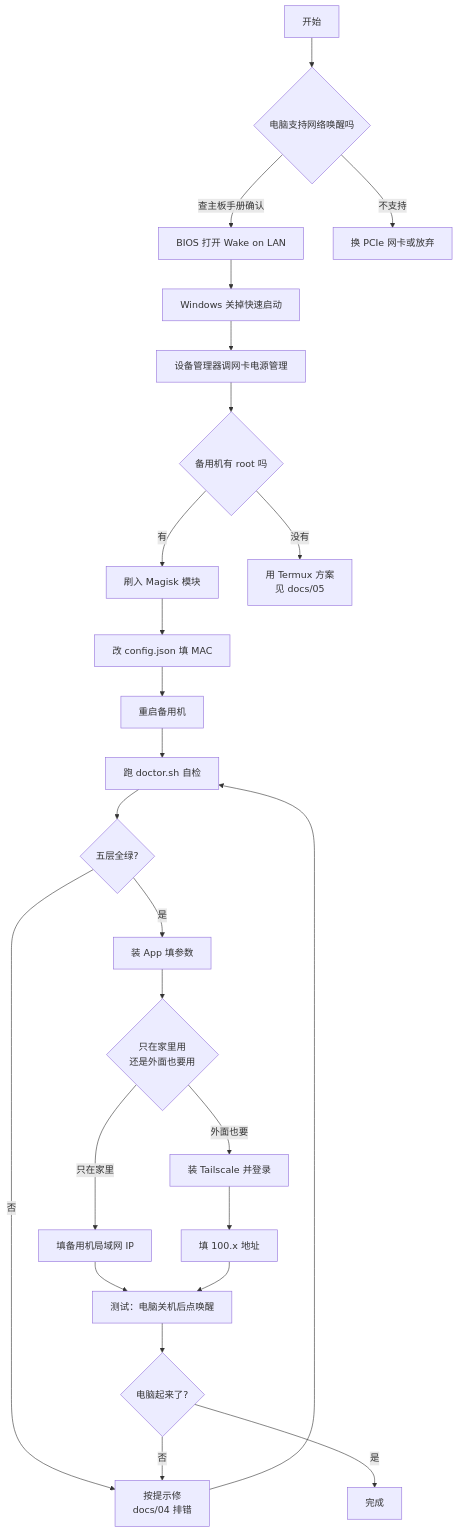
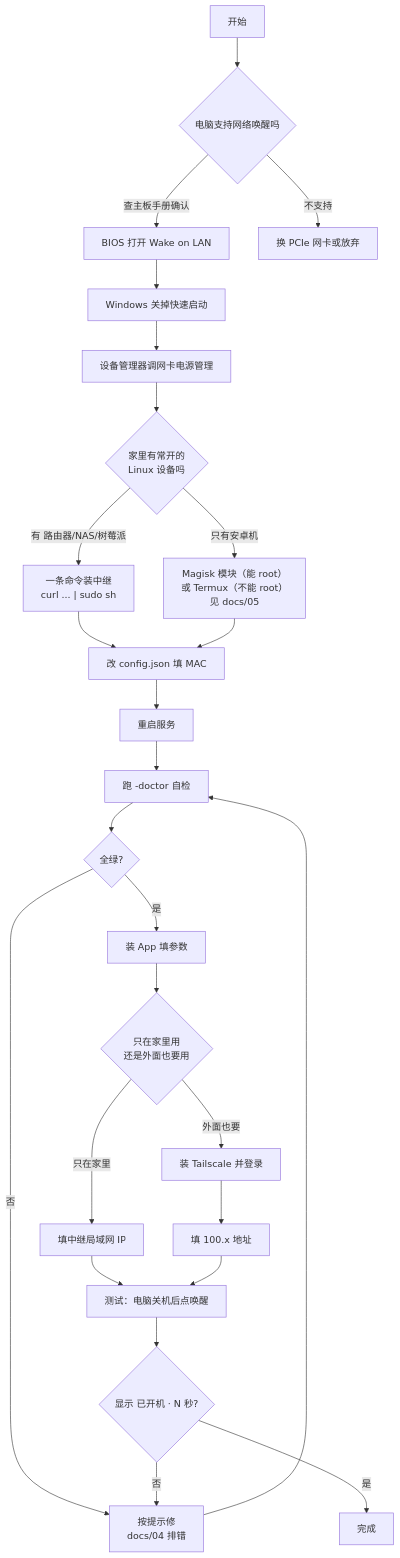
One commit to huangJUN6666/wol-relay-android changed the first of 2 diagrams in README.md. Above: the diagram before and after it, drawn with Mermaid. The commit also changed other lines of this file and 31 other files, not shown here.

````diff
--- a/README.md
+++ b/README.md
@@ -75,27 +114,28 @@
 ```mermaid
 flowchart TD
     A[开始] --> B{电脑支持网络唤醒吗}
     B -->|查主板手册确认| C[BIOS 打开 Wake on LAN]
     B -->|不支持| Z1[换 PCIe 网卡或放弃]
     C --> D[Windows 关掉快速启动]
     D --> E[设备管理器调网卡电源管理]
-    E --> F{备用机有 root 吗}
-    F -->|有| G[刷入 Magisk 模块]
-    F -->|没有| H[用 Termux 方案<br/>见 docs/05]
+    E --> F{家里有常开的<br/>Linux 设备吗}
+    F -->|有 路由器/NAS/树莓派| G["一条命令装中继<br/>curl ... | sudo sh"]
+    F -->|只有安卓机| H["Magisk 模块（能 root）<br/>或 Termux（不能 root）<br/>见 docs/05"]
     G --> I[改 config.json 填 MAC]
-    I --> J[重启备用机]
-    J --> K[跑 doctor.sh 自检]
-    K --> L{五层全绿?}
+    H --> I
+    I --> J[重启服务]
+    J --> K[跑 -doctor 自检]
+    K --> L{全绿?}
     L -->|否| M[按提示修<br/>docs/04 排错]
     M --> K
     L -->|是| N[装 App 填参数]
     N --> O{只在家里用<br/>还是外面也要用}
-    O -->|只在家里| P[填备用机局域网 IP]
+    O -->|只在家里| P[填中继局域网 IP]
     O -->|外面也要| Q[装 Tailscale 并登录]
     Q --> R[填 100.x 地址]
     P --> S[测试：电脑关机后点唤醒]
     R --> S
-    S --> T{电脑起来了?}
+    S --> T{显示 已开机 · N 秒?}
     T -->|否| M
     T -->|是| U[完成]
 ```
````
